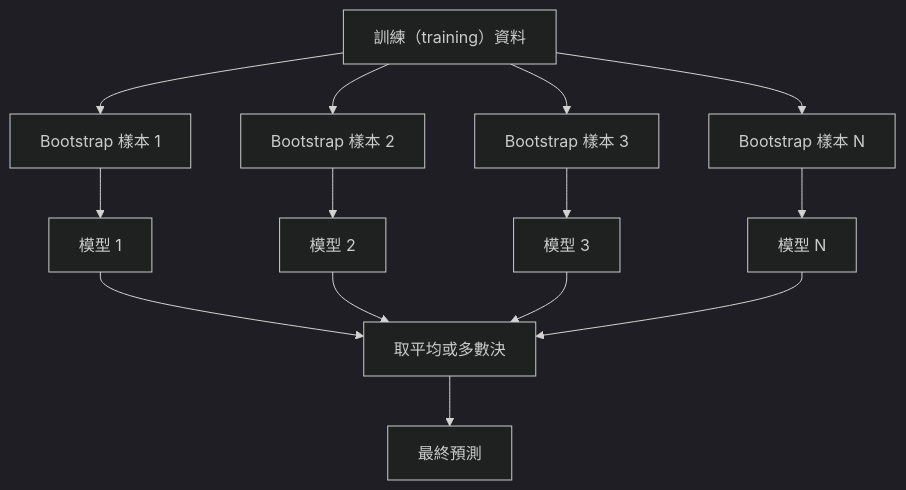
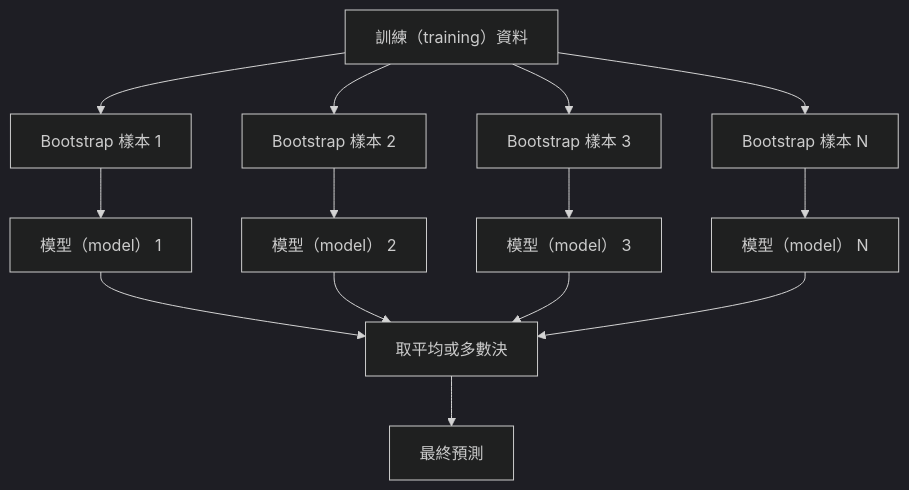
Before and after one commit to edward821220/ai-engineering-from-scratch: the first of 3 diagrams in i18n/zh-TW/phases/02-ml-fundamentals/11-ensemble-methods/docs/zh-TW.md, drawn with Mermaid (dark theme). The commit also changed other lines of this file and 87 other files, not shown here.

````diff
--- a/i18n/zh-TW/phases/02-ml-fundamentals/11-ensemble-methods/docs/zh-TW.md
+++ b/i18n/zh-TW/phases/02-ml-fundamentals/11-ensemble-methods/docs/zh-TW.md
@@ -46,19 +46,19 @@
 ```mermaid
 flowchart TD
     D[訓練（training）資料] --> B1[Bootstrap 樣本 1]
     D --> B2[Bootstrap 樣本 2]
     D --> B3[Bootstrap 樣本 3]
     D --> BN[Bootstrap 樣本 N]
 
-    B1 --> M1[模型 1]
-    B2 --> M2[模型 2]
-    B3 --> M3[模型 3]
-    BN --> MN[模型 N]
+    B1 --> M1[模型（model） 1]
+    B2 --> M2[模型（model） 2]
+    B3 --> M3[模型（model） 3]
+    BN --> MN[模型（model） N]
 
     M1 --> V[取平均或多數決]
     M2 --> V
     M3 --> V
     MN --> V
 
     V --> P[最終預測]
 ```
````
